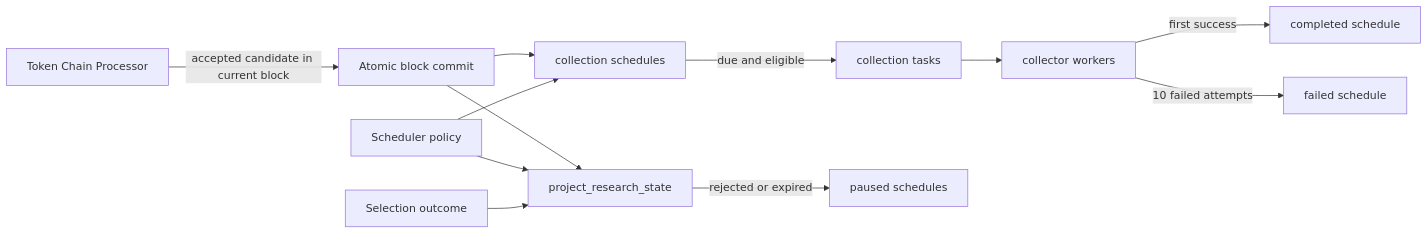
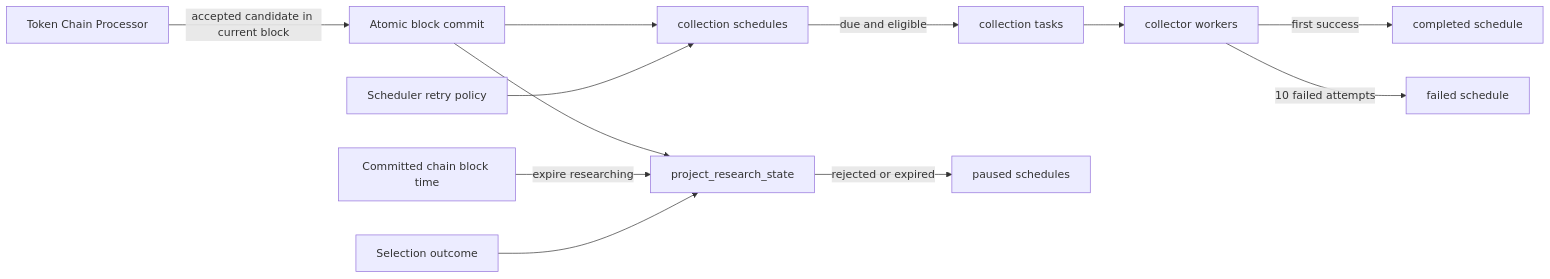
One commit to useryege/athena-o changed the diagram in docs/design/token-intelligence/research-lifecycle.md. Above: the diagram before and after it, drawn with Mermaid. The commit also changed other lines of this file and 26 other files, not shown here.

````diff
--- a/docs/design/token-intelligence/research-lifecycle.md
+++ b/docs/design/token-intelligence/research-lifecycle.md
@@ -29,14 +30,14 @@
 ```mermaid
 flowchart LR
     V["Token Chain Processor"] -->|"accepted candidate in current block"| P["Atomic block commit"]
     P --> R["project_research_state"]
     P --> S["collection schedules"]
-    C["Scheduler policy"] --> R
-    C --> S
+    B["Committed chain block time"] -->|"expire researching"| R
+    C["Scheduler retry policy"] --> S
     S -->|"due and eligible"| T["collection tasks"]
     T --> W["collector workers"]
     W -->|"first success"| D["completed schedule"]
     W -->|"10 failed attempts"| F["failed schedule"]
     E["Selection outcome"] --> R
     R -->|"rejected or expired"| X["paused schedules"]
 ```
````
